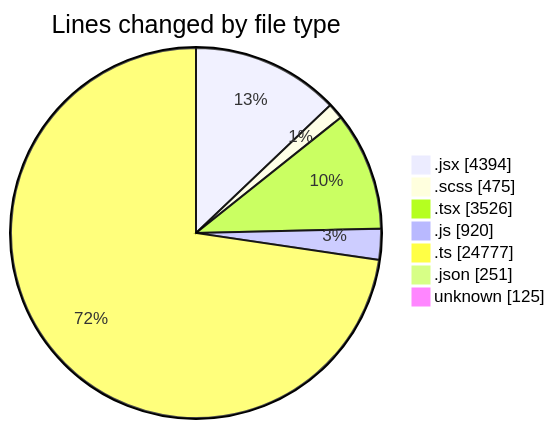
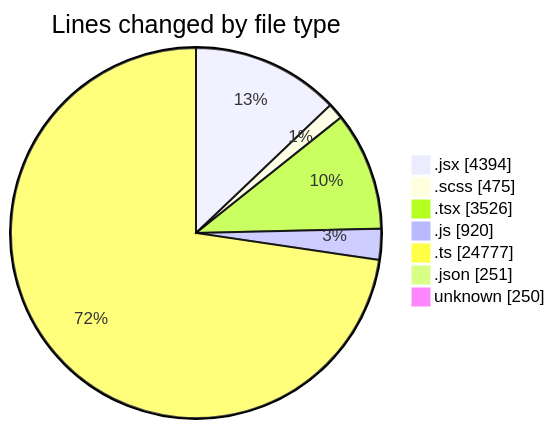
One commit to momahboobian/code-tracking changed the first of 2 diagrams in 2026-09-02/cda/README.md. Above: the diagram before and after it, drawn with Mermaid. The commit also changed other lines of this file and 1 other file, not shown here.

````diff
--- a/2026-09-02/cda/README.md
+++ b/2026-09-02/cda/README.md
@@ -77,11 +77,11 @@
 ```mermaid
 pie showData
 title Lines changed by file type
 ".jsx" : 4394
 ".scss" : 475
 ".tsx" : 3526
 ".js" : 920
 ".ts" : 24777
 ".json" : 251
-"unknown" : 125
+"unknown" : 250
 ```
````
